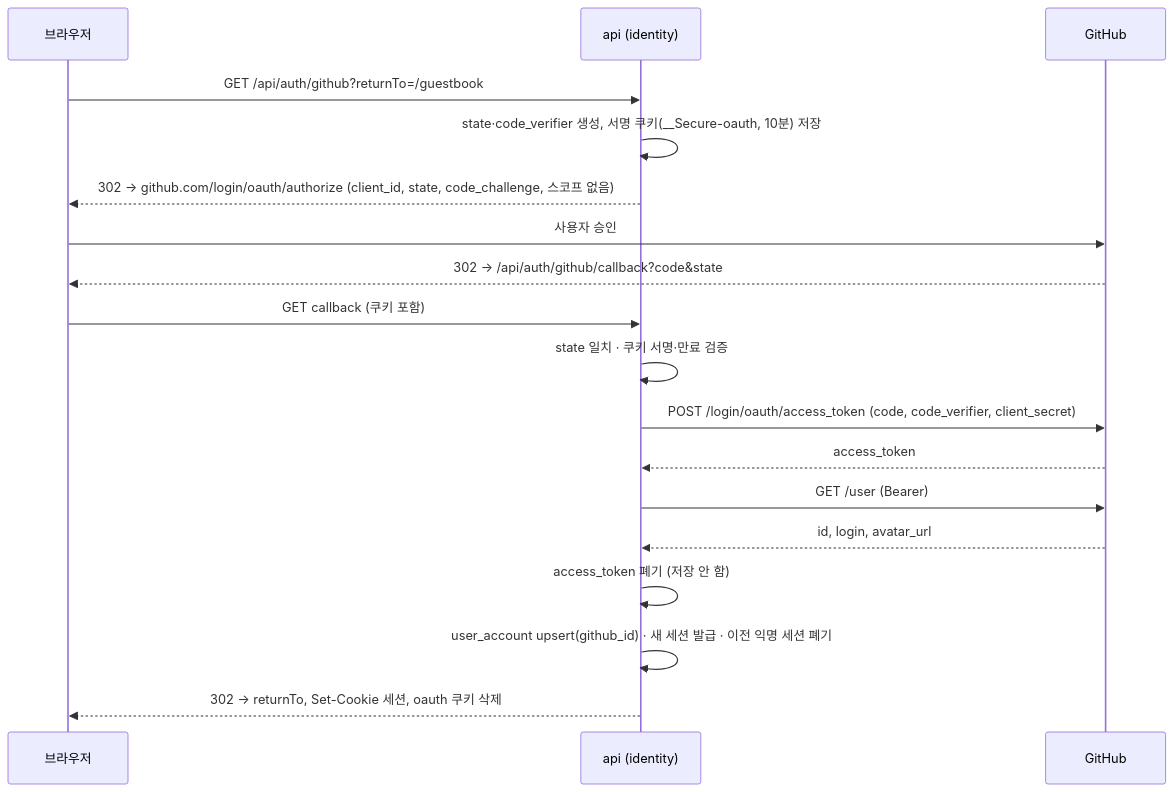
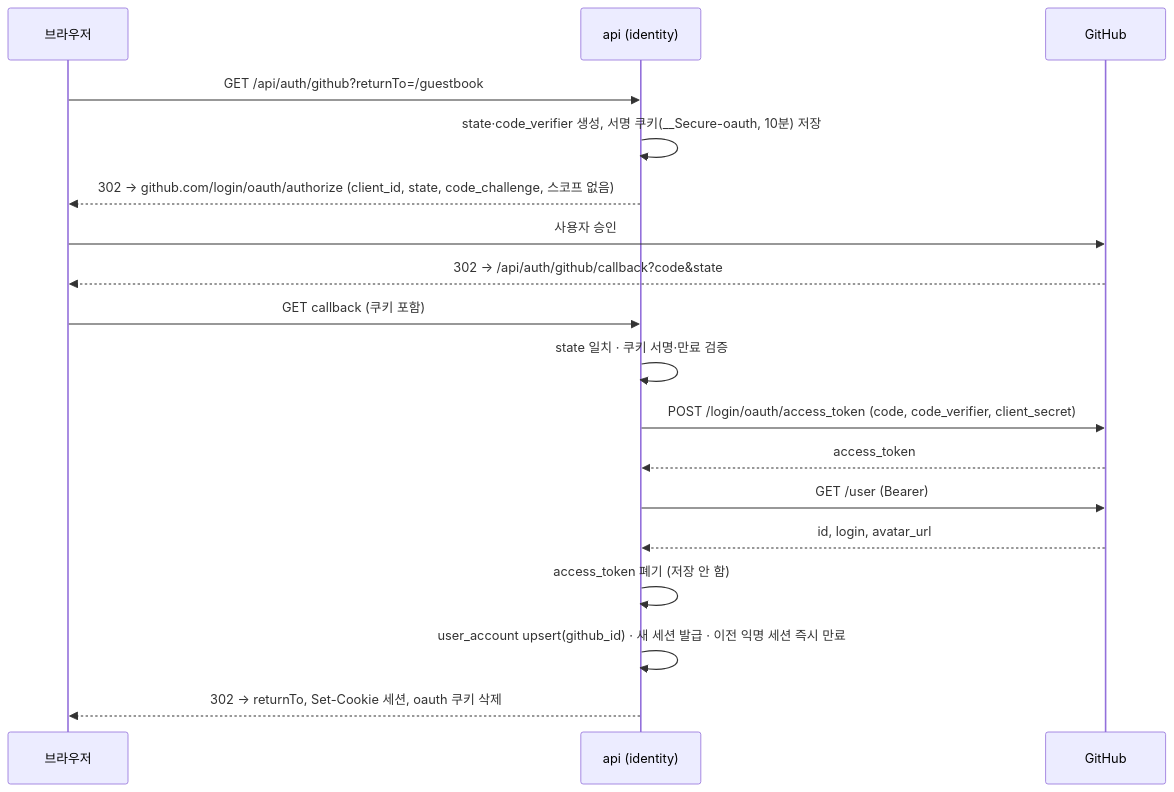
Before and after one commit to 1985jwlee/portpolio_backend: the first of 6 diagrams in docs/design/06-auth.md, drawn with Mermaid. The commit also changed other lines of this file and 25 other files, not shown here.

````diff
--- a/docs/design/06-auth.md
+++ b/docs/design/06-auth.md
@@ -46,20 +46,20 @@
 ```mermaid
 sequenceDiagram
     participant B as 브라우저
     participant A as api (identity)
     participant GH as GitHub
     B->>A: GET /api/auth/github?returnTo=/guestbook
     A->>A: state·code_verifier 생성, 서명 쿠키(__Secure-oauth, 10분) 저장
     A-->>B: 302 → github.com/login/oauth/authorize (client_id, state, code_challenge, 스코프 없음)
     B->>GH: 사용자 승인
     GH-->>B: 302 → /api/auth/github/callback?code&state
     B->>A: GET callback (쿠키 포함)
     A->>A: state 일치 · 쿠키 서명·만료 검증
     A->>GH: POST /login/oauth/access_token (code, code_verifier, client_secret)
     GH-->>A: access_token
     A->>GH: GET /user (Bearer)
     GH-->>A: id, login, avatar_url
     A->>A: access_token 폐기 (저장 안 함)
-    A->>A: user_account upsert(github_id) · 새 세션 발급 · 이전 익명 세션 폐기
+    A->>A: user_account upsert(github_id) · 새 세션 발급 · 이전 익명 세션 즉시 만료
     A-->>B: 302 → returnTo, Set-Cookie 세션, oauth 쿠키 삭제
 ```
````
